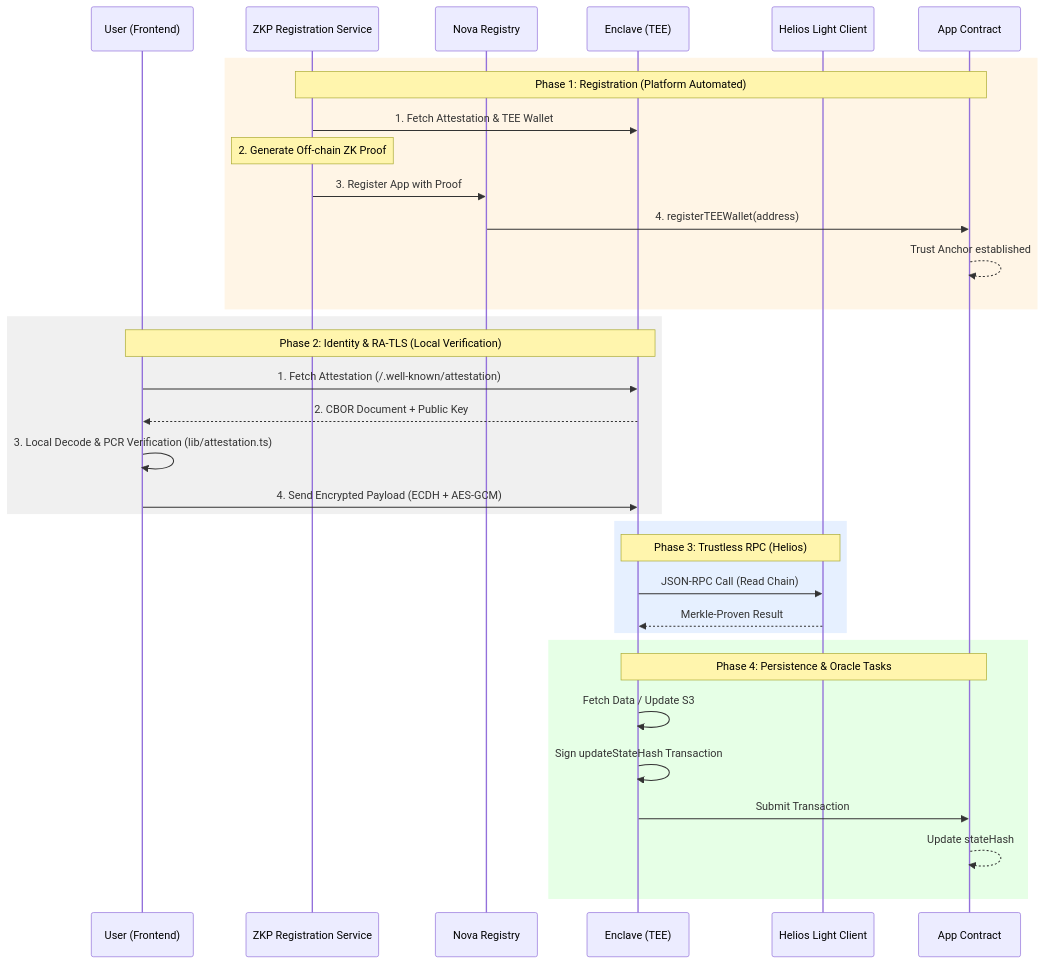
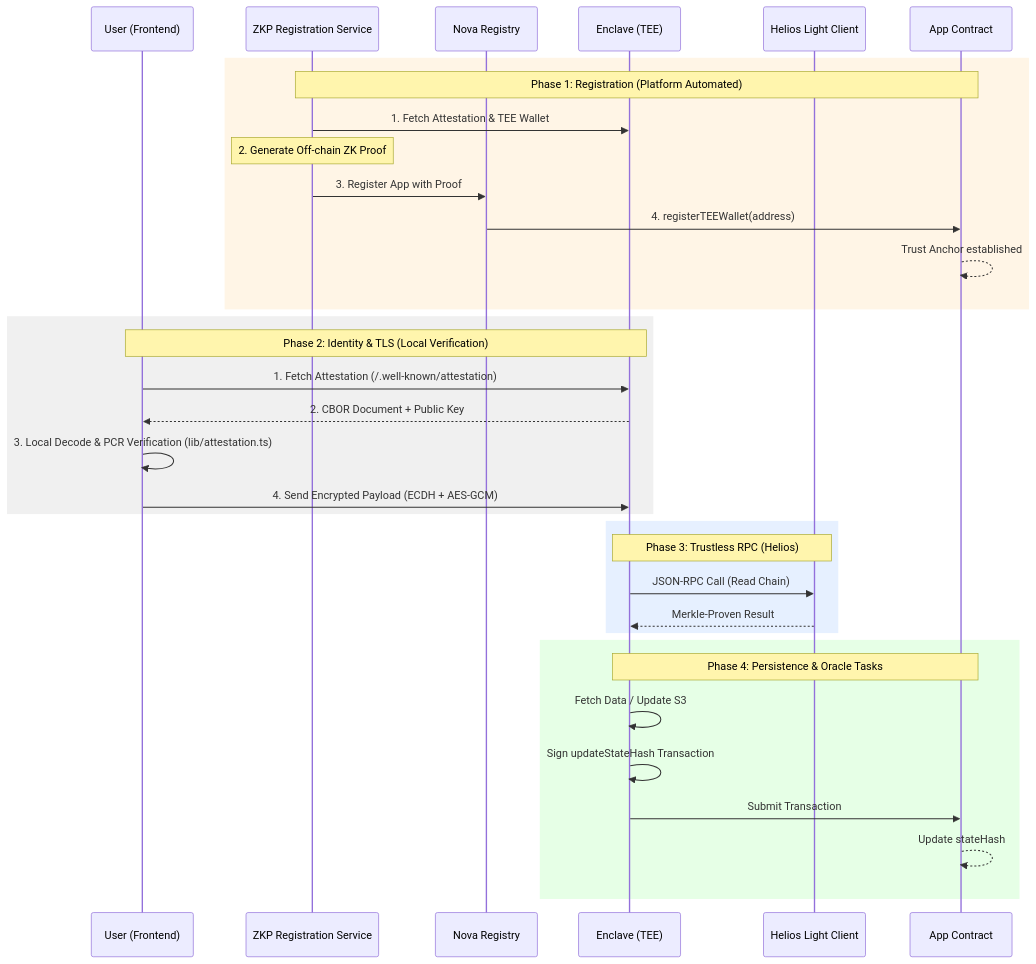
The diagram in tutorial.md (sparsity-xyz/nova-app-template), drawn with Mermaid before and after one commit. The commit also changed other lines of this file and 5 other files, not shown here.

````diff
--- a/tutorial.md
+++ b/tutorial.md
@@ -36,40 +36,40 @@
 ```mermaid
 sequenceDiagram
     participant U as User (Frontend)
     participant ZKP as ZKP Registration Service
     participant NR as Nova Registry
     participant E as Enclave (TEE)
     participant Helios as Helios Light Client
     participant AC as App Contract
     
     rect rgb(255, 245, 230)
         Note over ZKP,AC: Phase 1: Registration (Platform Automated)
         ZKP->>E: 1. Fetch Attestation & TEE Wallet
         Note over ZKP: 2. Generate Off-chain ZK Proof
         ZKP->>NR: 3. Register App with Proof
         NR->>AC: 4. registerTEEWallet(address)
         AC-->>AC: Trust Anchor established
     end
 
     rect rgb(240, 240, 240)
-        Note over U,E: Phase 2: Identity & RA-TLS (Local Verification)
+        Note over U,E: Phase 2: Identity & TLS (Local Verification)
         U->>E: 1. Fetch Attestation (/.well-known/attestation)
         E-->>U: 2. CBOR Document + Public Key
         U->>U: 3. Local Decode & PCR Verification (lib/attestation.ts)
         U->>E: 4. Send Encrypted Payload (ECDH + AES-GCM)
     end
 
     rect rgb(230, 240, 255)
         Note over E,Helios: Phase 3: Trustless RPC (Helios)
         E->>Helios: JSON-RPC Call (Read Chain)
         Helios-->>E: Merkle-Proven Result
     end
 
     rect rgb(230, 255, 230)
         Note over E,AC: Phase 4: Persistence & Oracle Tasks
         E->>E: Fetch Data / Update S3
         E->>E: Sign updateStateHash Transaction
         E->>AC: Submit Transaction
         AC-->>AC: Update stateHash
     end
 ```
````
